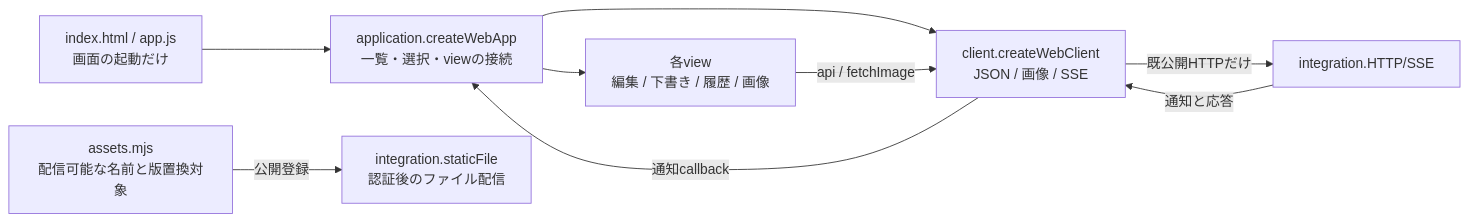
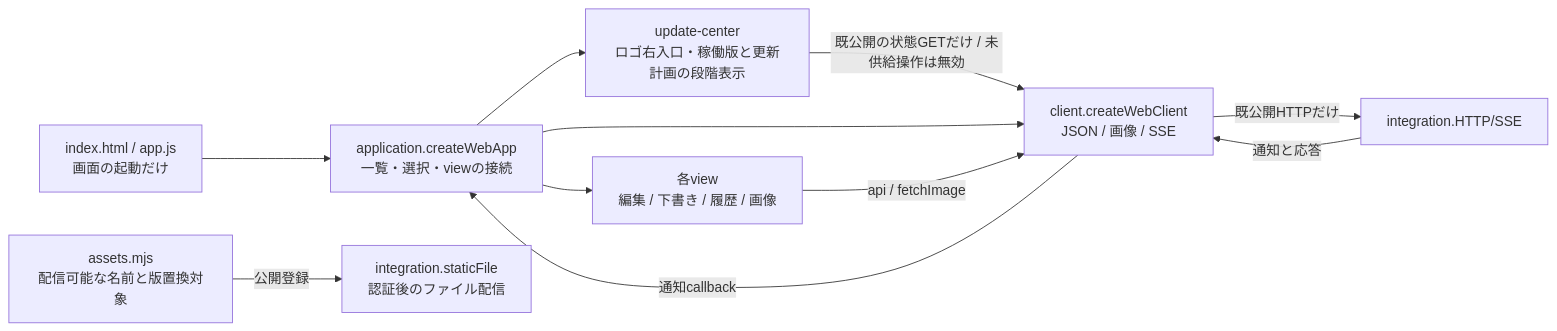
The diagram in docs/architecture/modules/web/README.md (kitepon/BellTeam), drawn with Mermaid before and after one commit. The commit also changed other lines of this file and 8 other files, not shown here.

````diff
--- a/docs/architecture/modules/web/README.md
+++ b/docs/architecture/modules/web/README.md
@@ -9,11 +9,13 @@
 ```mermaid
 flowchart LR
   Browser["index.html / app.js<br/>画面の起動だけ"] --> Application["application.createWebApp<br/>一覧・選択・viewの接続"]
   Application --> Views["各view<br/>編集 / 下書き / 履歴 / 画像"]
+  Application --> Updates["update-center<br/>ロゴ右入口・稼働版と更新計画の段階表示"]
+  Updates -->|"既公開の状態GETだけ / 未供給操作は無効"| Client
   Application --> Client["client.createWebClient<br/>JSON / 画像 / SSE"]
   Views -->|"api / fetchImage"| Client
   Client -->|"既公開HTTPだけ"| Integration["integration.HTTP/SSE"]
   Integration -->|"通知と応答"| Client
   Client -->|"通知callback"| Application
   Assets["assets.mjs<br/>配信可能な名前と版置換対象"] -->|"公開登録"| Static["integration.staticFile<br/>認証後のファイル配信"]
 ```
````
